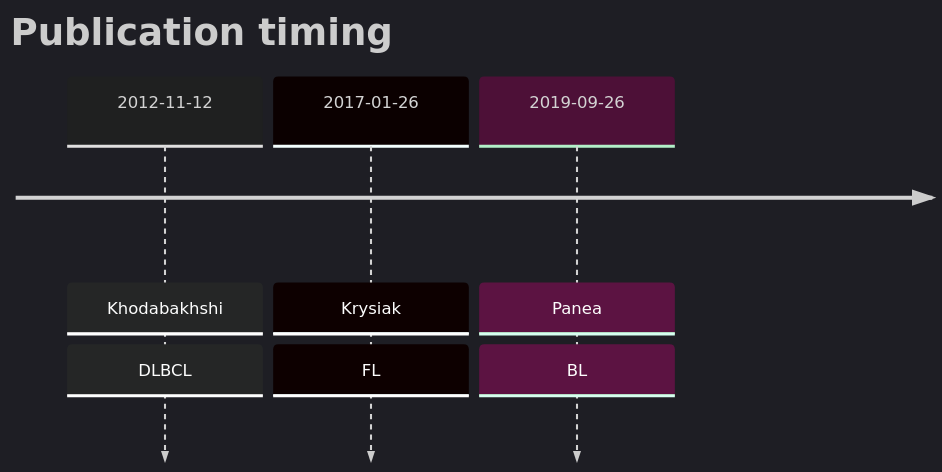
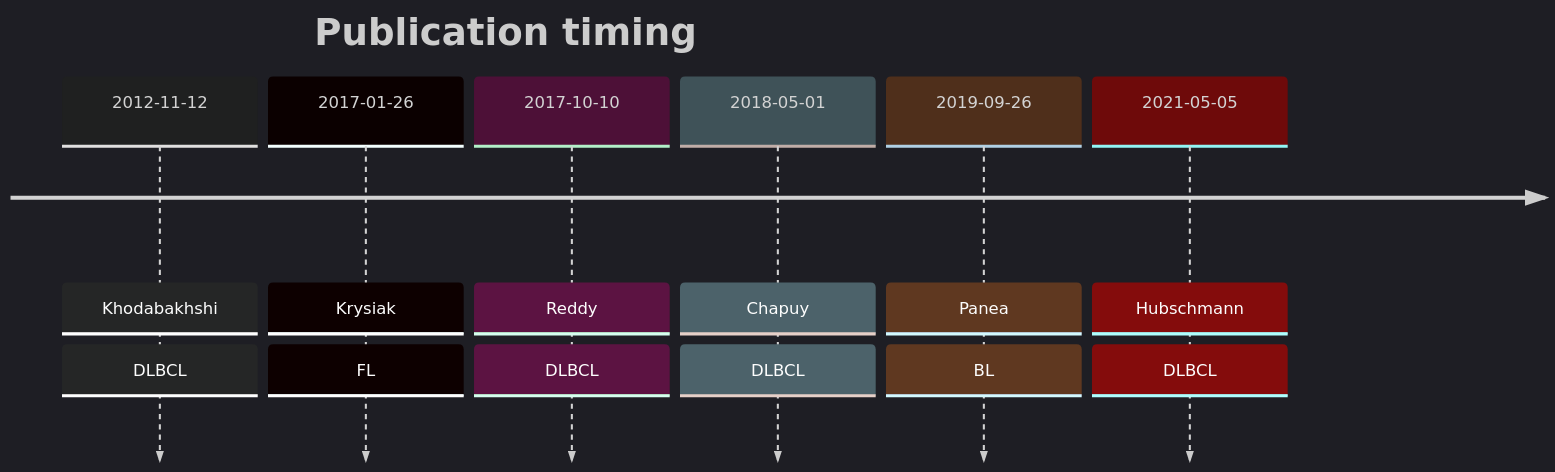
The diagram in CXCR4.md (morinlab/lymphopedia), drawn with Mermaid before and after one commit.

````diff
--- a/CXCR4.md
+++ b/CXCR4.md
@@ -16,8 +16,11 @@
 ```mermaid
 %%{init: { 'logLevel': 'debug', 'theme': 'dark' } }%%
 timeline
     title Publication timing
       2012-11-12 : Khodabakhshi : DLBCL
-      2017-01-26 : Krysiak : FL
+2017-01-26 : Krysiak : FL
+2017-10-10 : Reddy : DLBCL
+2018-05-01 : Chapuy : DLBCL
       2019-09-26 : Panea : BL
+2021-05-05 : Hubschmann : DLBCL
 ```
````
